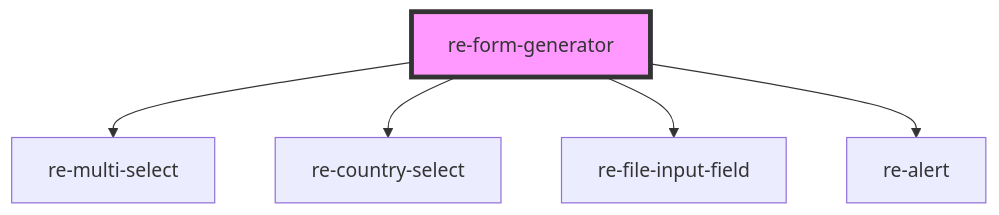
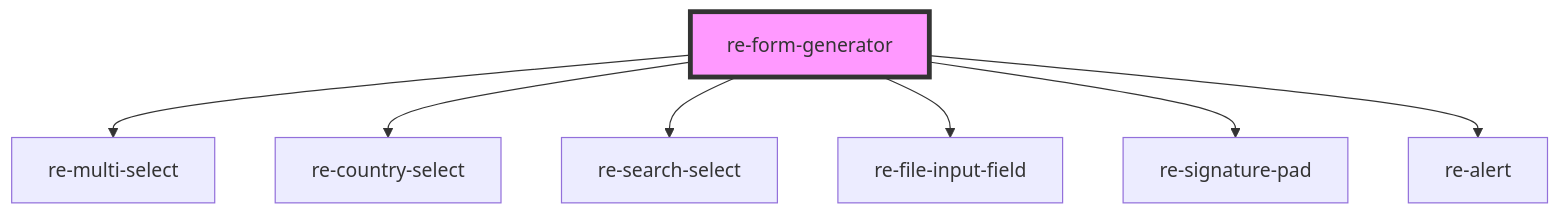
Before and after one commit to balance3840/form-generator: the diagram in src/components/re-form-generator/readme.md, drawn with Mermaid. The commit also changed other lines of this file and 630 other files, not shown here.

````diff
--- a/src/components/re-form-generator/readme.md
+++ b/src/components/re-form-generator/readme.md
@@ -79,8 +154,10 @@
 ```mermaid
 graph TD;
   re-form-generator --> re-multi-select
   re-form-generator --> re-country-select
+  re-form-generator --> re-search-select
   re-form-generator --> re-file-input-field
+  re-form-generator --> re-signature-pad
   re-form-generator --> re-alert
   style re-form-generator fill:#f9f,stroke:#333,stroke-width:4px
 ```
````
